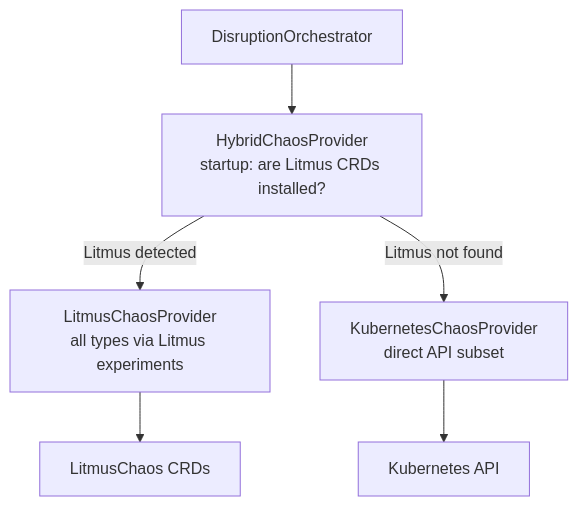
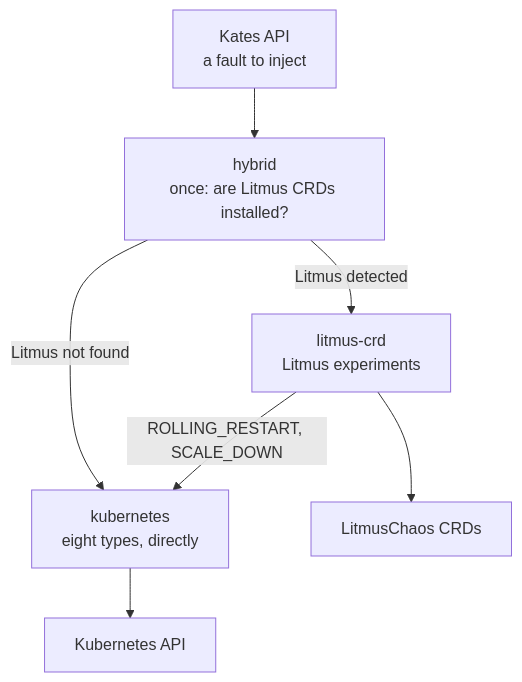
Before and after one commit to actions-marketplace-validations/bmscomp_kates: the second of 9 diagrams in docs/book/07-chaos-practice.md, drawn with Mermaid. The commit also changed other lines of this file and 2 other files, not shown here.

First line of the commit message:
docs(book): one home for fault injection and the safety guard in Part III (#226)

````diff
--- a/docs/book/07-chaos-practice.md
+++ b/docs/book/07-chaos-practice.md
@@ -90,13 +166,14 @@
 ```mermaid
 %%| label: fig-practice-hybrid-provider
-%%| fig-cap: "With `kates.chaos.provider=hybrid`, Kates looks for the LitmusChaos CRDs once, at startup, and sends every disruption to the backend it picked."
-%%| fig-alt: "Flowchart. The DisruptionOrchestrator calls the HybridChaosProvider, which asks at startup whether the Litmus CRDs are installed. If Litmus is detected, it uses the LitmusChaosProvider, which drives the LitmusChaos CRDs. If Litmus is not found, it uses the KubernetesChaosProvider, which calls the Kubernetes API directly for its subset of types."
+%%| fig-cap: "With `kates.chaos.provider=hybrid`, Kates looks for the LitmusChaos CRDs once, and sends every fault to the provider it picked."
+%%| fig-alt: "Flowchart. A fault from the Kates API goes to the hybrid provider, which asks once whether the Litmus CRDs are installed. If Litmus is detected, it uses the litmus-crd provider, which runs Litmus experiments through the LitmusChaos CRDs and hands ROLLING_RESTART and SCALE_DOWN to the kubernetes provider. If Litmus is not found, it uses the kubernetes provider, which calls the Kubernetes API directly for the eight types it implements."
 graph TD
-    DO[DisruptionOrchestrator] --> HCP[HybridChaosProvider<br/>startup: are Litmus CRDs installed?]
+    DO[Kates API<br/>a fault to inject] --> HCP[hybrid<br/>once: are Litmus CRDs installed?]
     
-    HCP -->|Litmus detected| LCP[LitmusChaosProvider<br/>all types via Litmus experiments]
-    HCP -->|Litmus not found| KCP[KubernetesChaosProvider<br/>direct API subset]
+    HCP -->|Litmus detected| LCP[litmus-crd<br/>Litmus experiments]
+    HCP -->|Litmus not found| KCP[kubernetes<br/>eight types, directly]
     
     LCP --> LIT[LitmusChaos CRDs]
+    LCP -->|ROLLING_RESTART, SCALE_DOWN| KCP
     KCP --> K8S[Kubernetes API]
 ```
````
